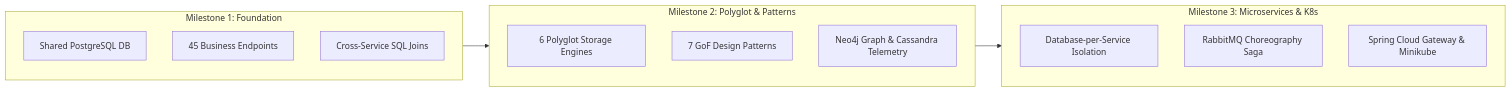
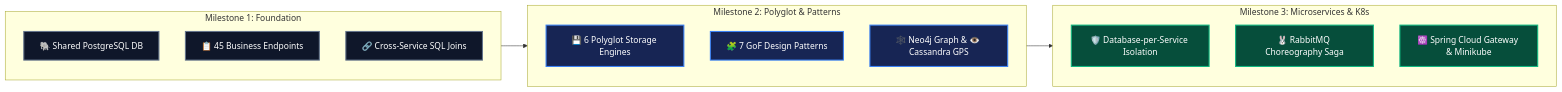
Before and after one commit to Basyo2003/10-RandomUnion-Uber: the third of 3 diagrams in README.md, drawn with Mermaid. The commit also changed other lines of this file, not shown here.

````diff
--- a/README.md
+++ b/README.md
@@ -128,22 +145,26 @@
 ```mermaid
 flowchart LR
+    classDef m1Style fill:#0f172a,stroke:#64748b,stroke-width:2px,color:#ffffff;
+    classDef m2Style fill:#172554,stroke:#3b82f6,stroke-width:2px,color:#ffffff;
+    classDef m3Style fill:#064e3b,stroke:#10b981,stroke-width:2px,color:#ffffff;
+
     subgraph M1 ["Milestone 1: Foundation"]
-        M1_1["Shared PostgreSQL DB"]
-        M1_2["45 Business Endpoints"]
-        M1_3["Cross-Service SQL Joins"]
+        M1_1["🐘 Shared PostgreSQL DB"]:::m1Style
+        M1_2["📋 45 Business Endpoints"]:::m1Style
+        M1_3["🔗 Cross-Service SQL Joins"]:::m1Style
     end
 
     subgraph M2 ["Milestone 2: Polyglot & Patterns"]
-        M2_1["6 Polyglot Storage Engines"]
-        M2_2["7 GoF Design Patterns"]
-        M2_3["Neo4j Graph & Cassandra Telemetry"]
+        M2_1["💾 6 Polyglot Storage Engines"]:::m2Style
+        M2_2["🧩 7 GoF Design Patterns"]:::m2Style
+        M2_3["🕸️ Neo4j Graph & 👁️ Cassandra GPS"]:::m2Style
     end
 
     subgraph M3 ["Milestone 3: Microservices & K8s"]
-        M3_1["Database-per-Service Isolation"]
-        M3_2["RabbitMQ Choreography Saga"]
-        M3_3["Spring Cloud Gateway & Minikube"]
+        M3_1["🛡️ Database-per-Service Isolation"]:::m3Style
+        M3_2["🐰 RabbitMQ Choreography Saga"]:::m3Style
+        M3_3["☸️ Spring Cloud Gateway & Minikube"]:::m3Style
     end
 
     M1 --> M2 --> M3
 ```
````
